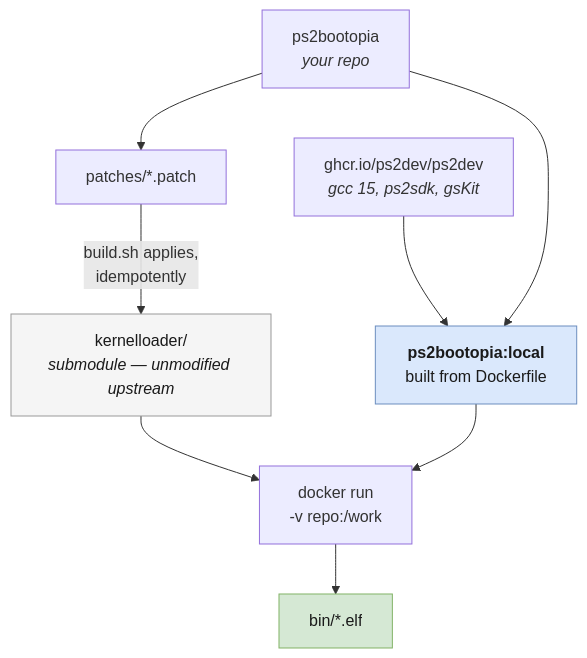
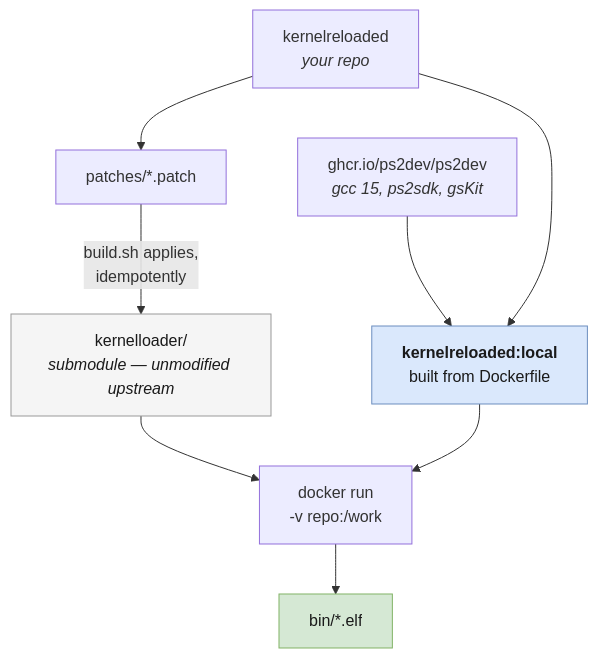
One commit to Arawn-Davies/kernelreloaded changed the diagram in docs/build-environment.md. Above: the diagram before and after it, drawn with Mermaid. The commit also changed other lines of this file and 3 other files, not shown here.

First line of the commit message:
Rename ps2bootopia -> kernelreloaded

````diff
--- a/docs/build-environment.md
+++ b/docs/build-environment.md
@@ -11,22 +11,22 @@
 ```mermaid
 flowchart TD
-    REPO["ps2bootopia<br/><i>your repo</i>"]
+    REPO["kernelreloaded<br/><i>your repo</i>"]
     SUB["kernelloader/<br/><i>submodule — unmodified upstream</i>"]
     PATCH["patches/*.patch"]
-    IMG["<b>ps2bootopia:local</b><br/>built from Dockerfile"]
+    IMG["<b>kernelreloaded:local</b><br/>built from Dockerfile"]
     BASE["ghcr.io/ps2dev/ps2dev<br/><i>gcc 15, ps2sdk, gsKit</i>"]
     RUN["docker run<br/>-v repo:/work"]
     OUT["bin/*.elf"]
 
     BASE --> IMG
     REPO --> IMG
     REPO --> PATCH
     PATCH -->|"build.sh applies,<br/>idempotently"| SUB
     SUB --> RUN
     IMG --> RUN
     RUN --> OUT
 
     style IMG fill:#dae8fc,stroke:#6c8ebf,color:#1a1a1a
     style SUB fill:#f5f5f5,stroke:#999,color:#1a1a1a
     style OUT fill:#d5e8d4,stroke:#82b366,color:#1a1a1a
 ```
````
